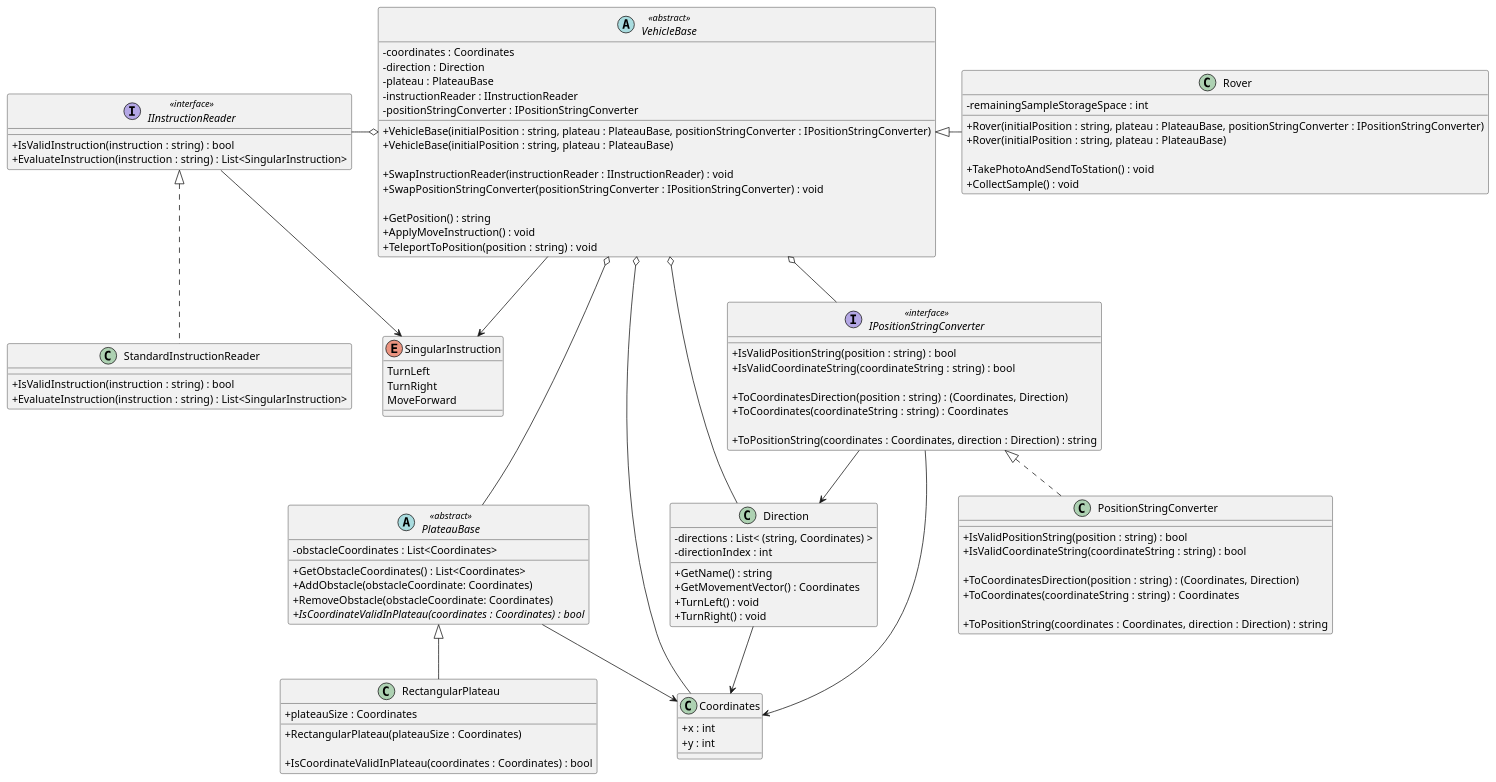
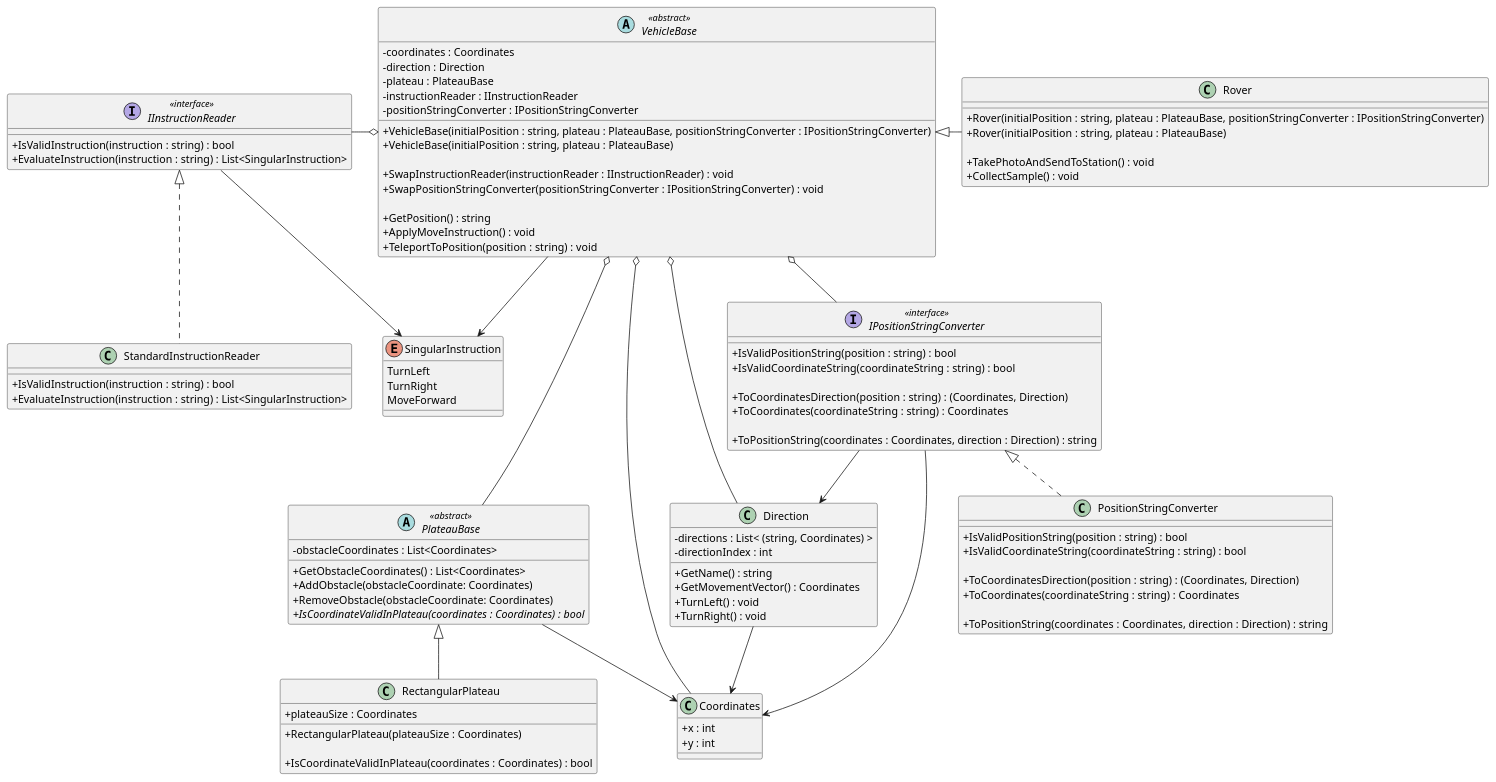
One commit to iamfranco/MarsRoverChallenge changed the diagram in puml/MarsRoverChallenge.puml. Above: the diagram before and after it, drawn with PlantUML. The commit also changed 1 other file, not shown here.

Commit message:
UML: update for Mars Rover specific methods

```diff
--- a/puml/MarsRoverChallenge.puml
+++ b/puml/MarsRoverChallenge.puml
@@ -1,132 +1,130 @@
 @startuml "Mars Rover Challenge"
 skinparam classAttributeIconSize 0
 
 interface IInstructionReader <<interface>>
 {
   + IsValidInstruction(instruction : string) : bool
   + EvaluateInstruction(instruction : string) : List<SingularInstruction>
 }
 
 enum SingularInstruction
 {
   TurnLeft
   TurnRight
   MoveForward
 }
 
 class StandardInstructionReader
 {
   + IsValidInstruction(instruction : string) : bool
   + EvaluateInstruction(instruction : string) : List<SingularInstruction>
 }
 
 abstract PlateauBase <<abstract>>
 {
   - obstacleCoordinates : List<Coordinates>
 
   + GetObstacleCoordinates() : List<Coordinates>
   + AddObstacle(obstacleCoordinate: Coordinates)
   + RemoveObstacle(obstacleCoordinate: Coordinates)
   {abstract} + IsCoordinateValidInPlateau(coordinates : Coordinates) : bool
 }
 
 class RectangularPlateau
 {
   + plateauSize : Coordinates
 
   + RectangularPlateau(plateauSize : Coordinates)
 
   + IsCoordinateValidInPlateau(coordinates : Coordinates) : bool
 }
 
 class Coordinates
 {
   + x : int
   + y : int
 }
 
 class Direction
 {
   - directions : List< &#40;string, Coordinates&#41; >
   - directionIndex : int
 
   + GetName() : string
   + GetMovementVector() : Coordinates
   + TurnLeft() : void
   + TurnRight() : void
 }
 
 interface IPositionStringConverter <<interface>>
 {
   + IsValidPositionString(position : string) : bool
   + IsValidCoordinateString(coordinateString : string) : bool
 
   + ToCoordinatesDirection(position : string) : (Coordinates, Direction)
   + ToCoordinates(coordinateString : string) : Coordinates
 
   + ToPositionString(coordinates : Coordinates, direction : Direction) : string
 }
 
 class PositionStringConverter
 {
   + IsValidPositionString(position : string) : bool
   + IsValidCoordinateString(coordinateString : string) : bool
 
   + ToCoordinatesDirection(position : string) : (Coordinates, Direction)
   + ToCoordinates(coordinateString : string) : Coordinates
 
   + ToPositionString(coordinates : Coordinates, direction : Direction) : string
 }
 
 abstract VehicleBase <<abstract>>
 {
   - coordinates : Coordinates
   - direction : Direction
   - plateau : PlateauBase
   - instructionReader : IInstructionReader
   - positionStringConverter : IPositionStringConverter
 
   + VehicleBase(initialPosition : string, plateau : PlateauBase, positionStringConverter : IPositionStringConverter)
   + VehicleBase(initialPosition : string, plateau : PlateauBase)
 
   + SwapInstructionReader(instructionReader : IInstructionReader) : void
   + SwapPositionStringConverter(positionStringConverter : IPositionStringConverter) : void
   
   + GetPosition() : string
   + ApplyMoveInstruction() : void
   + TeleportToPosition(position : string) : void
 }
 
 class Rover
 {
-  - remainingSampleStorageSpace : int
-
   + Rover(initialPosition : string, plateau : PlateauBase, positionStringConverter : IPositionStringConverter)
   + Rover(initialPosition : string, plateau : PlateauBase)
 
   + TakePhotoAndSendToStation() : void
   + CollectSample() : void
 }
 
 IInstructionReader -> SingularInstruction
 IInstructionReader <|.. StandardInstructionReader 
 PlateauBase <|-- RectangularPlateau
 
 IPositionStringConverter <|.. PositionStringConverter
 
 VehicleBase <|-r- Rover
 
 PlateauBase --> Coordinates
 Direction --> Coordinates
 IPositionStringConverter --> Coordinates
 IPositionStringConverter --> Direction
 
 VehicleBase o-- Coordinates
 VehicleBase o-- Direction
 VehicleBase o--- PlateauBase
 VehicleBase o-l IInstructionReader
 VehicleBase o-- IPositionStringConverter
 
 VehicleBase --> SingularInstruction
 
 @enduml
```
